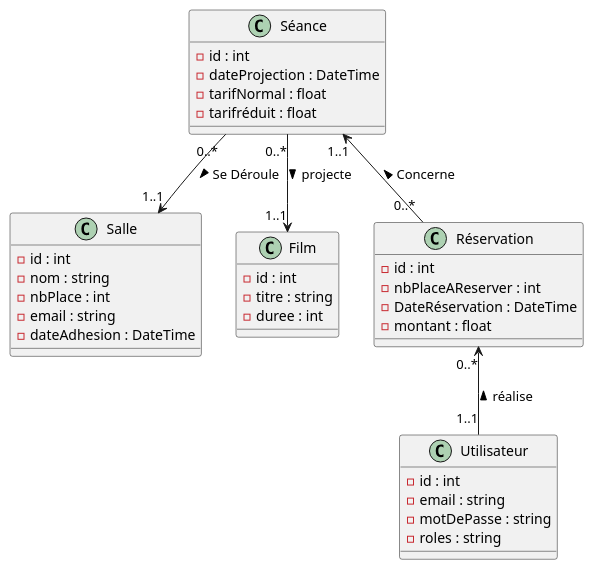
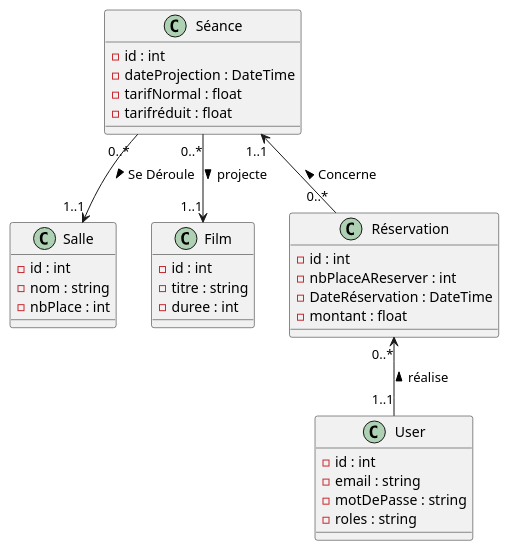
The diagram in documentation/Diagramme-de-classe.puml (mat25/BTS2-api-cinema), drawn with PlantUML before and after one commit. The commit also changed 18 other files, not shown here.

```diff
--- a/documentation/Diagramme-de-classe.puml
+++ b/documentation/Diagramme-de-classe.puml
@@ -1,44 +1,42 @@
 @startuml
 
 class Salle {
 - id : int
 - nom : string
 - nbPlace : int
-- email : string
-- dateAdhesion : DateTime
 }
 
 class Séance {
 - id : int
 - dateProjection : DateTime
 - tarifNormal : float
 - tarifréduit : float
 }
 
 class Film {
 - id : int
 - titre : string
 - duree : int
 }
 
-class Utilisateur {
+class User {
 - id : int
 - email : string
 - motDePasse : string
 - roles : string
 }
 
 class Réservation {
 - id : int
 - nbPlaceAReserver : int
 - DateRéservation : DateTime
 - montant : float
 }
 
 Séance"0..*" --> "1..1"Film :> projecte
 Séance"0..*" --> "1..1"Salle :> Se Déroule
 
-Réservation"0..*" <-- "1..1"Utilisateur :< réalise
+Réservation"0..*" <-- "1..1"User :< réalise
 
 Séance"1..1" <-- "0..*"Réservation :< Concerne
 @enduml
```
